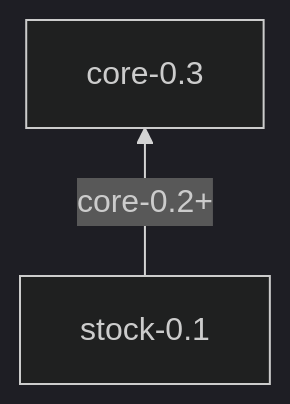
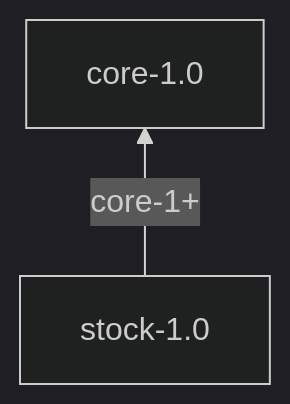
The diagram in docs/standards/README.md (Adisoreq/FormuLang), drawn with Mermaid (dark theme) before and after one commit. The commit also changed other lines of this file and 61 other files, not shown here.

Commit message:
Release: Core 1.0 and Stock 1.0

````diff
--- a/docs/standards/README.md
+++ b/docs/standards/README.md
@@ -24,7 +24,7 @@
 ```mermaid
 graph BT
-    core["core-0.3"]
-    stock["stock-0.1"]
+    core["core-1.0"]
+    stock["stock-1.0"]
 
-    stock -- "core-0.2+" --> core
+    stock -- "core-1+" --> core
 ```
````
